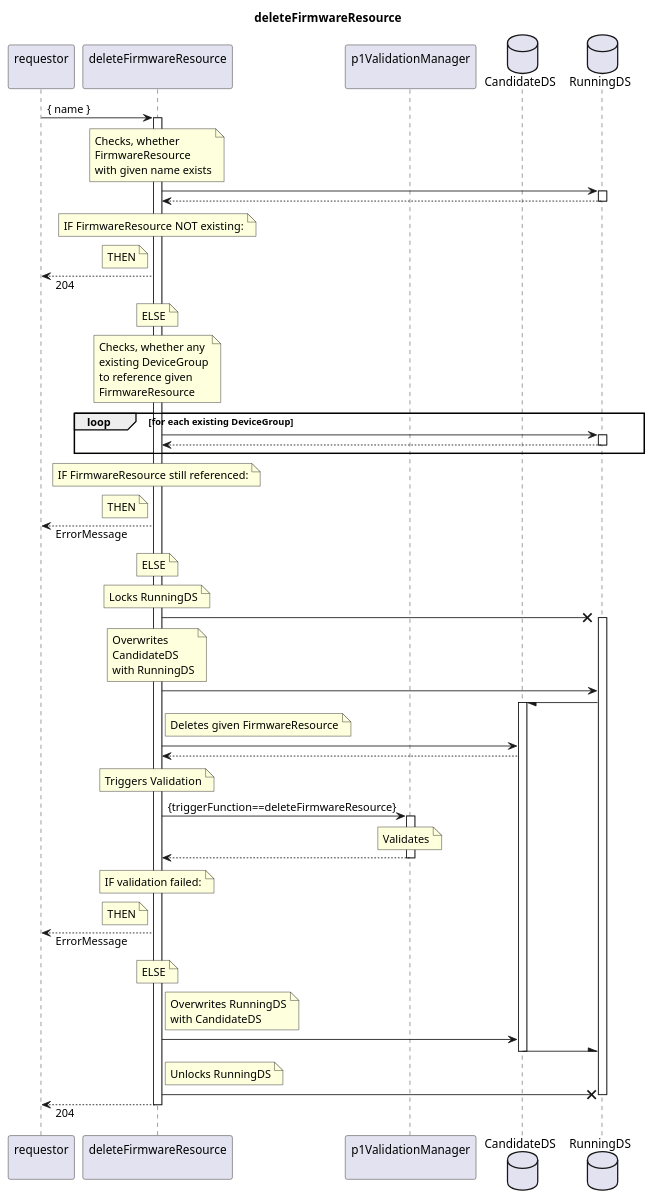
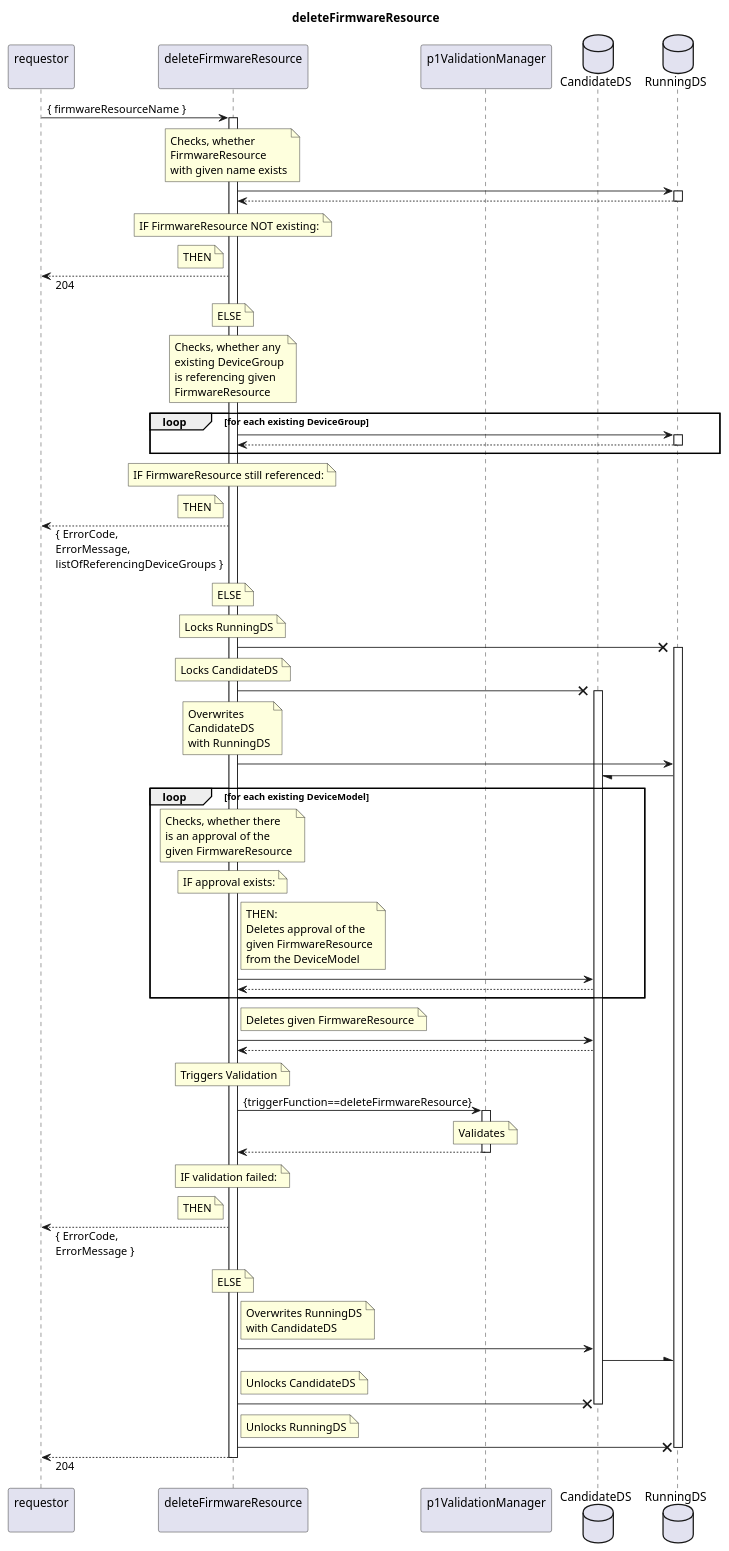
The diagram in spec/Services/deleteFirmwareResource/1.0.0/deleteFirmwareResource.plantuml (openBackhaul/FirmWareManager), drawn with PlantUML before and after one commit. The commit also changed 17 other files, not shown here.

```diff
--- a/spec/Services/deleteFirmwareResource/1.0.0/deleteFirmwareResource.plantuml
+++ b/spec/Services/deleteFirmwareResource/1.0.0/deleteFirmwareResource.plantuml
@@ -1,120 +1,145 @@
 @startuml deleteFirmwareResource
 skinparam responseMessageBelowArrow true
 
 title
   deleteFirmwareResource
 end title
 
 participant "requestor\n" as requestor
 participant "deleteFirmwareResource\n" as delServer
 participant "p1ValidationManager\n" as valiMan
 database "CandidateDS" as CanDS
 database "RunningDS" as RunDS
 
-requestor -> delServer: { name }
+requestor -> delServer: { firmwareResourceName }
 activate delServer
 
   note over delServer
     Checks, whether
     FirmwareResource
     with given name exists
   end note
   delServer -> RunDS
   activate RunDS
   delServer <-- RunDS
   deactivate RunDS
   note over delServer
     IF FirmwareResource NOT existing:
   end note
   note left delServer
     THEN
   end note
   requestor <-- delServer: 204
   note over delServer
     ELSE
   end note
 
   note over delServer
-    Checks, whether any 
+    Checks, whether any
     existing DeviceGroup
-    to reference given
+    is referencing given
     FirmwareResource
   end note
   loop for each existing DeviceGroup
     delServer -> RunDS
     activate RunDS
     delServer <-- RunDS
     deactivate RunDS
   end loop
   note over delServer
     IF FirmwareResource still referenced:
   end note
   note left delServer
     THEN
   end note
-  requestor <-- delServer: ErrorMessage
+  requestor <-- delServer: { ErrorCode,\nErrorMessage,\nlistOfReferencingDeviceGroups }
   note over delServer
     ELSE
   end note
 
   note over delServer
     Locks RunningDS
   end note
   delServer -X RunDS
   activate RunDS
-
+  note over delServer
+    Locks CandidateDS
+  end note
+  delServer -X CanDS
+  activate CanDS
   note over delServer
     Overwrites
     CandidateDS
     with RunningDS
   end note
   delServer -> RunDS
   RunDS -/ CanDS
-  activate CanDS
+
+  loop for each existing DeviceModel
+    note over delServer
+      Checks, whether there
+      is an approval of the
+      given FirmwareResource
+    end note
+    note over delServer
+      IF approval exists:
+    end note
+    note right delServer
+      THEN:
+      Deletes approval of the
+      given FirmwareResource
+      from the DeviceModel
+    end note
+    delServer -> CanDS
+    delServer <-- CanDS
+  end loop
 
   note right delServer
     Deletes given FirmwareResource
   end note
   delServer -> CanDS
   delServer <-- CanDS
 
   note over delServer
     Triggers Validation
   end note
   delServer -> valiMan: {triggerFunction==deleteFirmwareResource}
   activate valiMan
     note over valiMan
       Validates
     end note
   delServer <-- valiMan
   deactivate valiMan
   note over delServer
     IF validation failed:
   end note
   note left delServer
     THEN
   end note
-  requestor <-- delServer: ErrorMessage
+  requestor <-- delServer: { ErrorCode,\nErrorMessage }
   note over delServer
     ELSE
   end note
 
   note right delServer
     Overwrites RunningDS
     with CandidateDS
   end note
   delServer -> CanDS
   CanDS -\ RunDS
+  note right delServer
+    Unlocks CandidateDS
+  end note
+  delServer -X CanDS
   deactivate CanDS
-
   note right delServer
     Unlocks RunningDS
   end note
   delServer -X RunDS
   deactivate RunDS
 
   requestor <-- delServer: 204
 
 deactivate delServer
 
 @enduml
```
